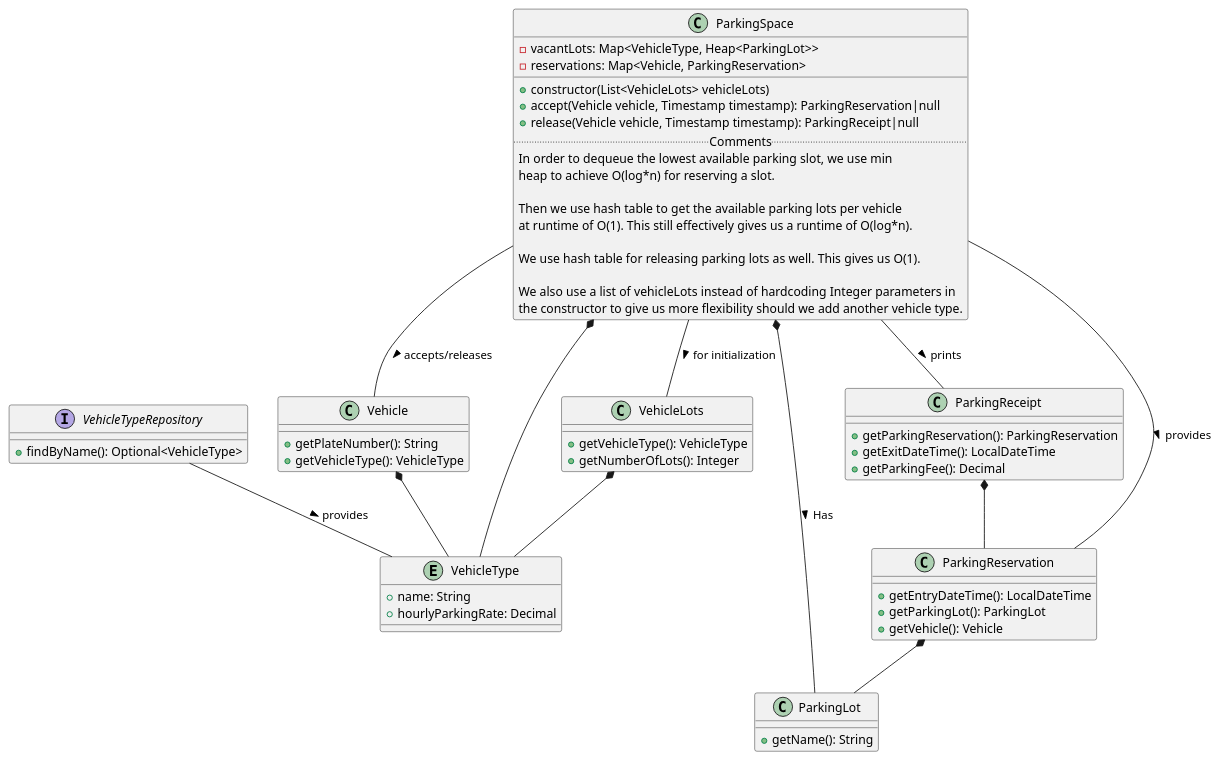
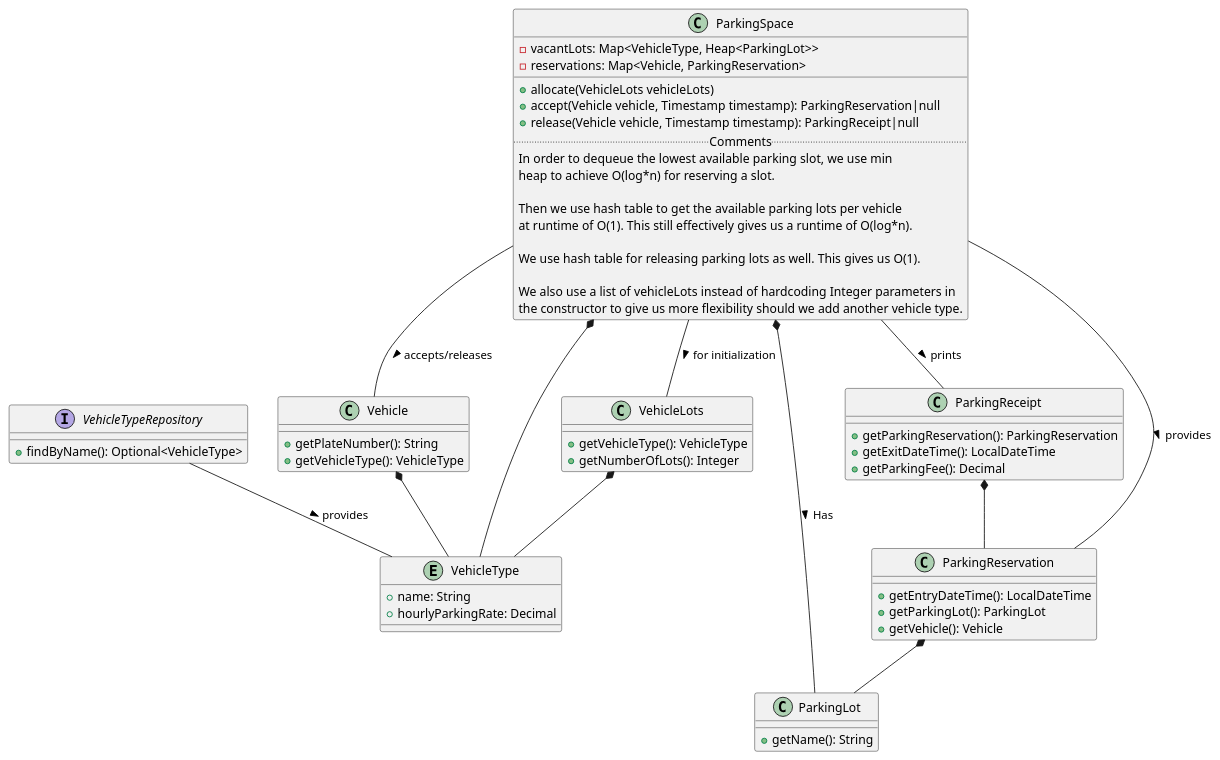
The diagram in docs/c4-domain.puml (mettyoung/automated-valet-car-parking-system), drawn with PlantUML before and after one commit. The commit also changed 2 other files, not shown here.

```diff
--- a/docs/c4-domain.puml
+++ b/docs/c4-domain.puml
@@ -1,69 +1,69 @@
 @startuml
 class Vehicle {
     + getPlateNumber(): String
     + getVehicleType(): VehicleType
 }
 
 entity VehicleType {
     + name: String
     + hourlyParkingRate: Decimal
 }
 
 interface VehicleTypeRepository {
     + findByName(): Optional<VehicleType>
 }
 
 class ParkingSpace {
     - vacantLots: Map<VehicleType, Heap<ParkingLot>>
     - reservations: Map<Vehicle, ParkingReservation>
     __
-    + constructor(List<VehicleLots> vehicleLots)
+    + allocate(VehicleLots vehicleLots)
     + accept(Vehicle vehicle, Timestamp timestamp): ParkingReservation|null
     + release(Vehicle vehicle, Timestamp timestamp): ParkingReceipt|null
     .. Comments ..
     In order to dequeue the lowest available parking slot, we use min
     heap to achieve O(log*n) for reserving a slot.
 
     Then we use hash table to get the available parking lots per vehicle
     at runtime of O(1). This still effectively gives us a runtime of O(log*n).
 
     We use hash table for releasing parking lots as well. This gives us O(1).
 
     We also use a list of vehicleLots instead of hardcoding Integer parameters in
     the constructor to give us more flexibility should we add another vehicle type.
 }
 
 class VehicleLots {
     + getVehicleType(): VehicleType
     + getNumberOfLots(): Integer
 }
 
 class ParkingLot {
     + getName(): String
 }
 
 class ParkingReceipt {
     + getParkingReservation(): ParkingReservation
     + getExitDateTime(): LocalDateTime
     + getParkingFee(): Decimal
 }
 
 class ParkingReservation {
     + getEntryDateTime(): LocalDateTime
     + getParkingLot(): ParkingLot
     + getVehicle(): Vehicle
 }
 
 Vehicle *-- VehicleType
 VehicleLots *-- VehicleType
 VehicleTypeRepository -- VehicleType: provides >
 ParkingSpace *-- VehicleType
 ParkingSpace *-- ParkingLot: Has >
 ParkingSpace -- VehicleLots: for initialization >
 ParkingSpace -- Vehicle: accepts/releases >
 ParkingSpace -- ParkingReservation: provides >
 ParkingReservation *-- ParkingLot
 ParkingReceipt *-- ParkingReservation
 ParkingSpace -- ParkingReceipt: prints >
 
 @enduml
```
